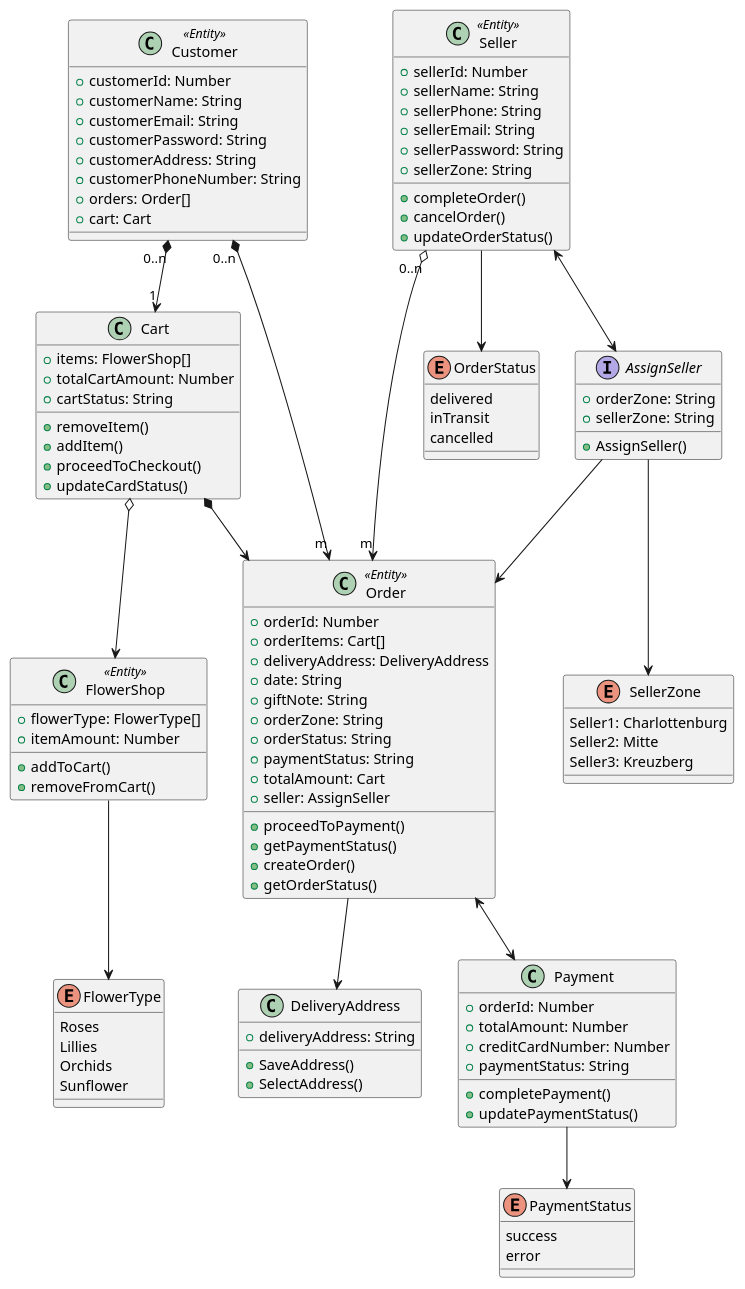
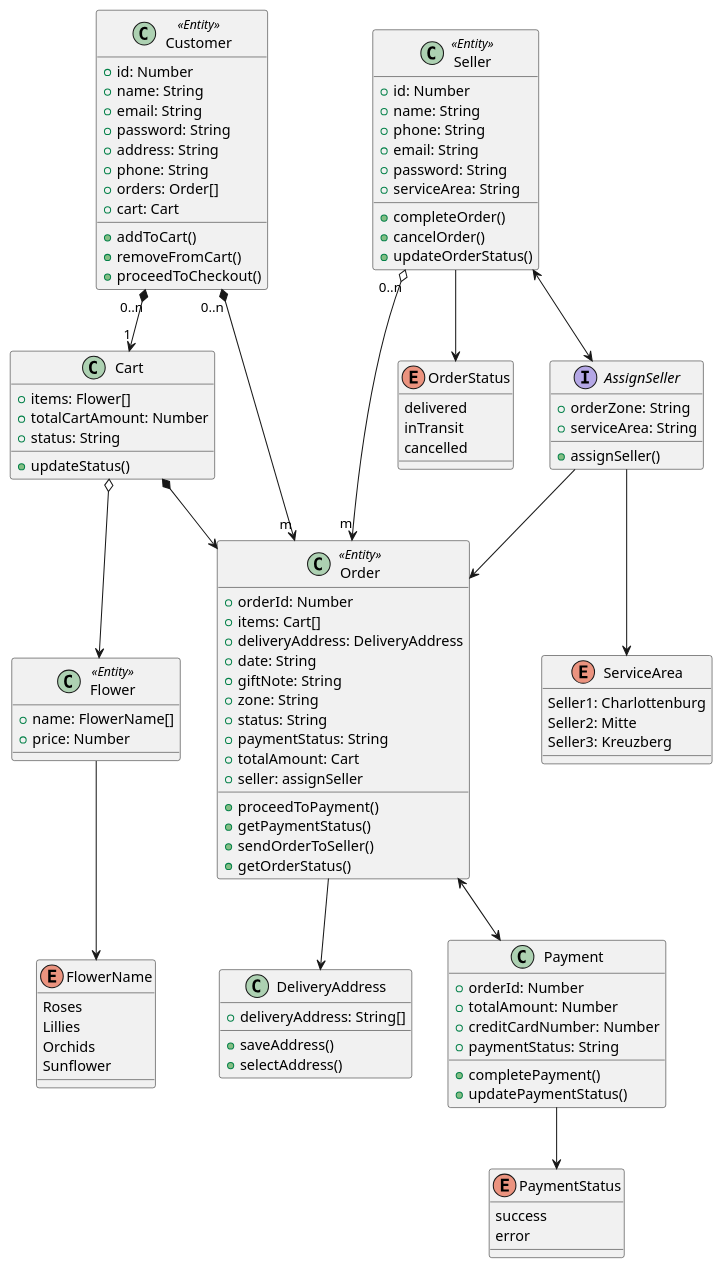
The diagram in week1/class-diagram.puml (selmanmestanli/nimble-js), drawn with PlantUML before and after one commit. The commit also changed 2 other files, not shown here.

Commit message:
uml diagram revisions

```diff
--- a/week1/class-diagram.puml
+++ b/week1/class-diagram.puml
@@ -1,119 +1,117 @@
 @startuml
 
 class Customer <<Entity>> {
-    + customerId: Number
-    + customerName: String
-    + customerEmail: String
-    + customerPassword: String
-    + customerAddress: String
-    + customerPhoneNumber: String
+    + id: Number
+    + name: String
+    + email: String
+    + password: String
+    + address: String
+    + phone: String
     + orders: Order[]
     + cart: Cart
+    + addToCart()
+    + removeFromCart()
+    + proceedToCheckout()
 }
 
 class Seller <<Entity>> {
-    + sellerId: Number
-    + sellerName: String
-    + sellerPhone: String
-    + sellerEmail: String
-    + sellerPassword: String
-    + sellerZone: String
+    + id: Number
+    + name: String
+    + phone: String
+    + email: String
+    + password: String
+    + serviceArea: String
     + completeOrder()
     + cancelOrder()
     + updateOrderStatus()
 }
 
-class FlowerShop <<Entity>> {
-    + flowerType: FlowerType[]
-    + itemAmount: Number
-    + addToCart()
-    + removeFromCart()
+class Flower <<Entity>> {
+    + name: FlowerName[]
+    + price: Number
+}
+
+enum FlowerName{
+    Roses 
+    Lillies 
+    Orchids 
+    Sunflower
 }
 
 class Cart {
-    + items: FlowerShop[]
+    + items: Flower[]
     + totalCartAmount: Number
-    + cartStatus: String
-    + removeItem()
-    + addItem()
-    + proceedToCheckout()
-    + updateCardStatus()
+    + status: String
+    + updateStatus()
 }
 
 class Order <<Entity>> {
     + orderId: Number
-    + orderItems: Cart[]
+    + items: Cart[]
     + deliveryAddress: DeliveryAddress
     + date: String
     + giftNote: String
-    + orderZone: String
-    + orderStatus: String
+    + zone: String
+    + status: String
     + paymentStatus: String
     + totalAmount: Cart
-    + seller: AssignSeller
+    + seller: assignSeller
     + proceedToPayment()
     + getPaymentStatus()
-    + createOrder()
+    + sendOrderToSeller()
     + getOrderStatus()
 }
 
 class DeliveryAddress {
-    + deliveryAddress: String
-    + SaveAddress()
-    + SelectAddress()
+    + deliveryAddress: String[]
+    + saveAddress()
+    + selectAddress()
 }
 
 class Payment{
     + orderId: Number
     + totalAmount: Number
     + creditCardNumber: Number
     + paymentStatus: String
     + completePayment()
     + updatePaymentStatus()
 }
 
 enum PaymentStatus{
     success
     error
 }
 
-enum SellerZone{
+enum ServiceArea{
     Seller1: Charlottenburg
     Seller2: Mitte 
     Seller3: Kreuzberg
 }
 
 enum OrderStatus{
     delivered
     inTransit
     cancelled
 }
 
-enum FlowerType{
-    Roses 
-    Lillies 
-    Orchids 
-    Sunflower
-}
-
 interface AssignSeller{
     + orderZone: String
-    + sellerZone: String
-    + AssignSeller()
+    + serviceArea: String
+    + assignSeller()
 }
 
 Customer "0..n" *--> "1" Cart
 Customer "0..n" *--> "m" Order
-Cart o--> FlowerShop
-FlowerShop --> FlowerType
+Cart o--> Flower
+Flower --> FlowerName
 Order --> DeliveryAddress
 Payment --> PaymentStatus
 Order <--> Payment
 Seller <--> AssignSeller
-AssignSeller --> SellerZone
+AssignSeller --> ServiceArea
 AssignSeller --> Order
 Seller "0..n" o--> "m" Order
 Seller --> OrderStatus
 Cart *--> Order
 
 @enduml
```
